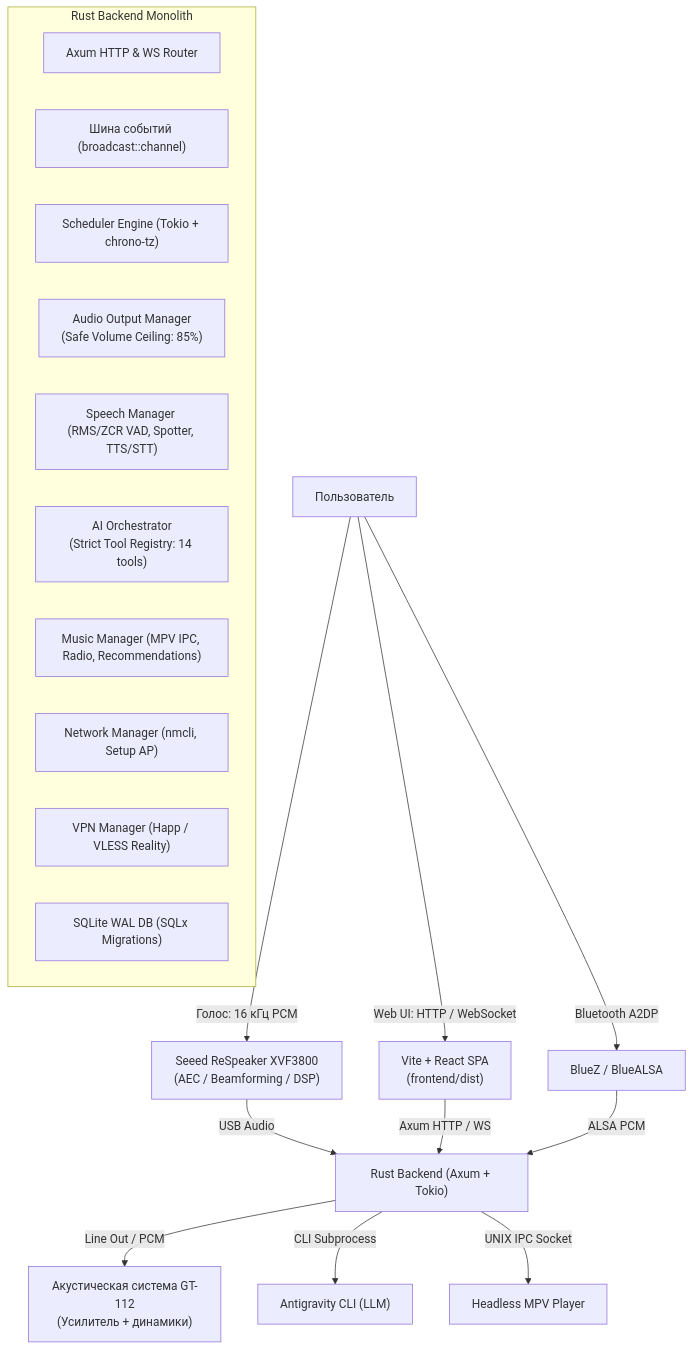
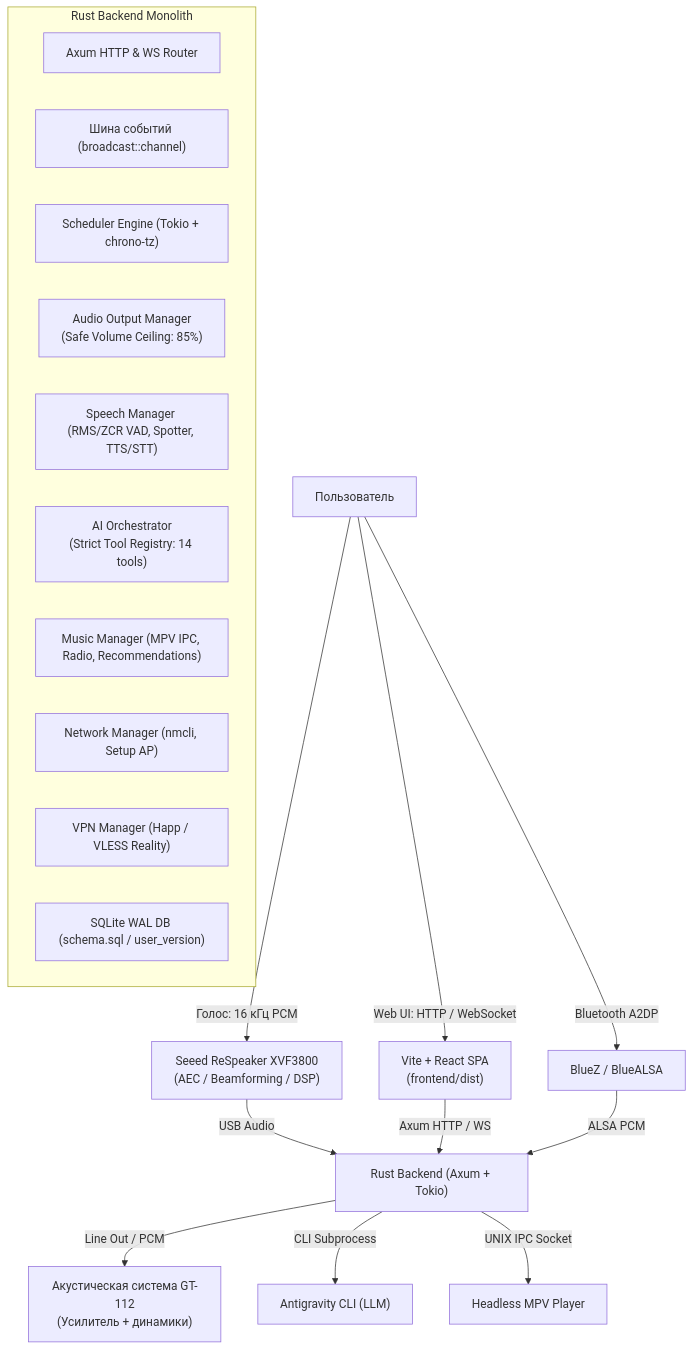
One commit to kash-ts/kamish-os changed the diagram in docs/ARCHITECTURE.md. Above: the diagram before and after it, drawn with Mermaid. The commit also changed other lines of this file and 12 other files, not shown here.

Commit message:
docs: synchronize architecture, API, security, and hardware specifications

````diff
--- a/docs/ARCHITECTURE.md
+++ b/docs/ARCHITECTURE.md
@@ -11,27 +11,27 @@
 ```mermaid
 graph TD
     User["Пользователь"] -->|Голос: 16 кГц PCM| ReSpeaker["Seeed ReSpeaker XVF3800\n(AEC / Beamforming / DSP)"]
     User -->|Web UI: HTTP / WebSocket| WebUI["Vite + React SPA\n(frontend/dist)"]
     User -->|Bluetooth A2DP| BlueZ["BlueZ / BlueALSA"]
 
     ReSpeaker -->|USB Audio| Backend
     WebUI -->|Axum HTTP / WS| Backend["Rust Backend (Axum + Tokio)"]
     BlueZ -->|ALSA PCM| Backend
 
     subgraph Backend_Monolith ["Rust Backend Monolith"]
         API["Axum HTTP & WS Router"]
         EventBus["Шина событий (broadcast::channel)"]
         Scheduler["Scheduler Engine (Tokio + chrono-tz)"]
         AudioMgr["Audio Output Manager\n(Safe Volume Ceiling: 85%)"]
         SpeechMgr["Speech Manager (RMS/ZCR VAD, Spotter, TTS/STT)"]
         AiOrch["AI Orchestrator\n(Strict Tool Registry: 14 tools)"]
         MusicMgr["Music Manager (MPV IPC, Radio, Recommendations)"]
         NetMgr["Network Manager (nmcli, Setup AP)"]
         VpnMgr["VPN Manager (Happ / VLESS Reality)"]
-        DbPool["SQLite WAL DB (SQLx Migrations)"]
+        DbPool["SQLite WAL DB (schema.sql / user_version)"]
     end
 
     Backend -->|Line Out / PCM| GT112["Акустическая система GT-112\n(Усилитель + динамики)"]
     Backend -->|CLI Subprocess| AntigravityCLI["Antigravity CLI (LLM)"]
     Backend -->|UNIX IPC Socket| MPV["Headless MPV Player"]
 ```
````
